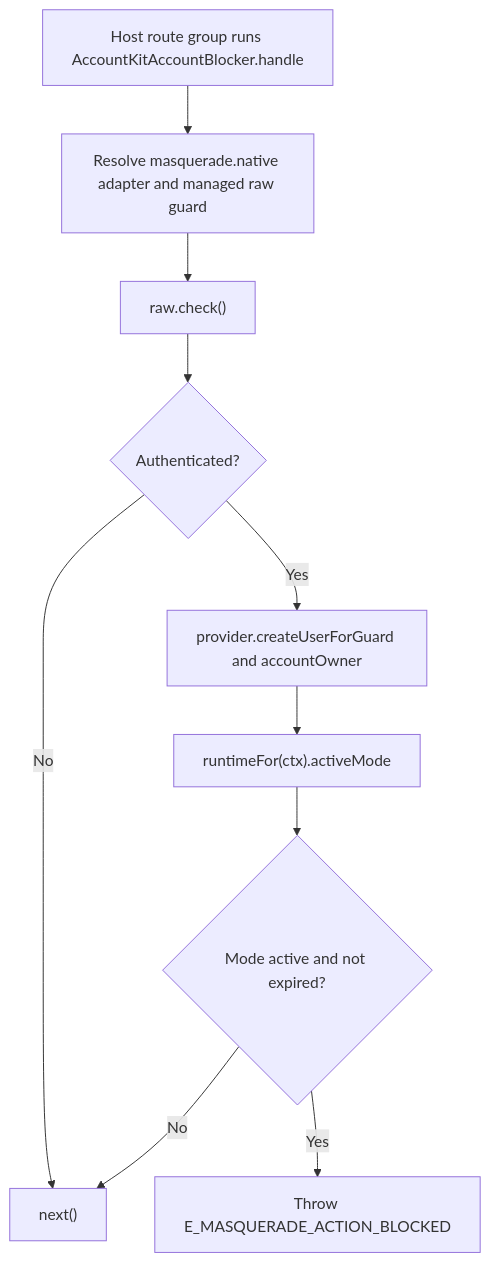
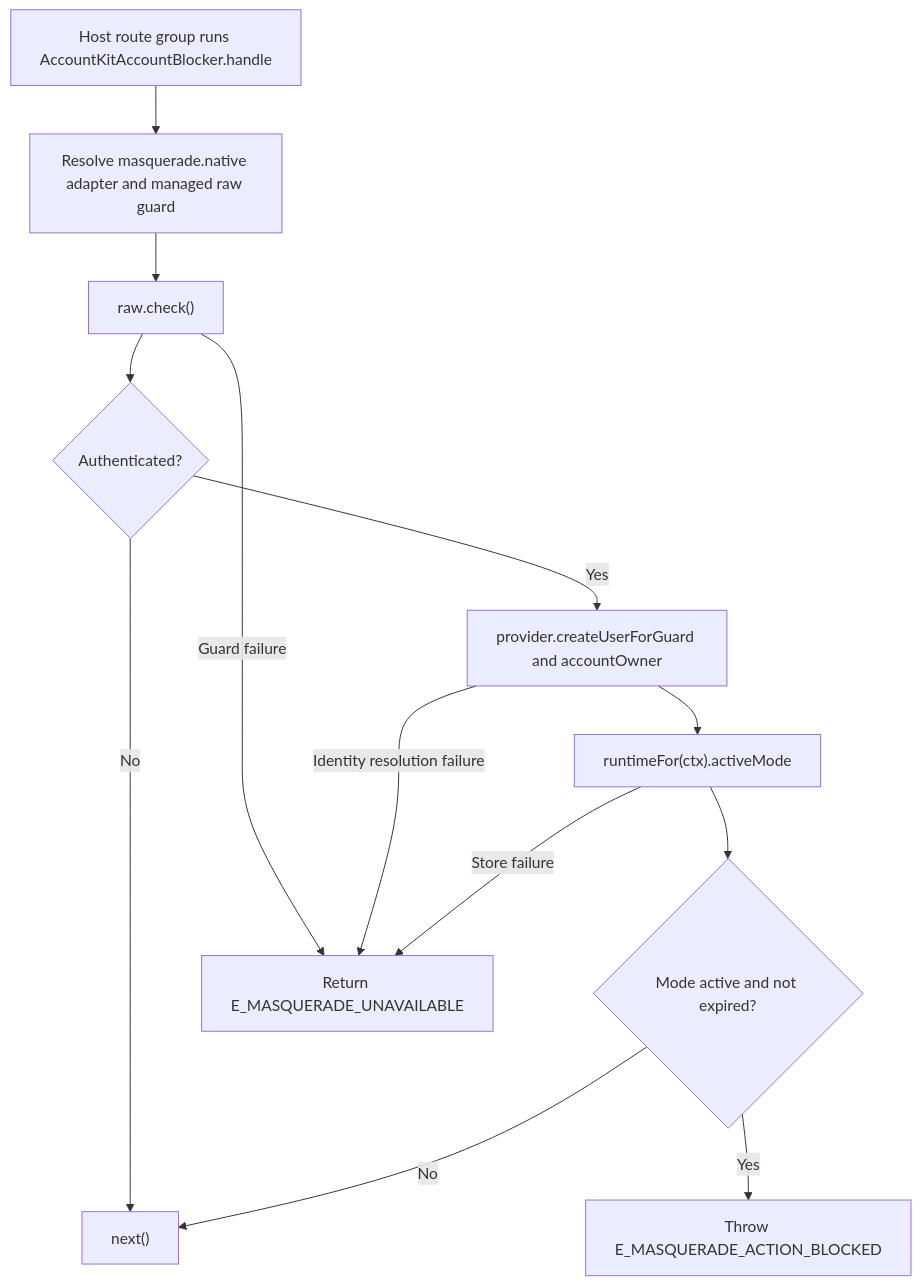
One commit to Kevinjohn/oss-adonisjs-masquerade changed the second of 2 diagrams in user-stories/protect-native-account/us-account-01-protect-native-account.md. Above: the diagram before and after it, drawn with Mermaid. The commit also changed 20 other files, not shown here.

````diff
--- a/user-stories/protect-native-account/us-account-01-protect-native-account.md
+++ b/user-stories/protect-native-account/us-account-01-protect-native-account.md
@@ -36,12 +36,15 @@
 ```mermaid
 flowchart TD
     A["Host route group runs AccountKitAccountBlocker.handle"] --> B["Resolve masquerade.native adapter and managed raw guard"]
     B --> C["raw.check()"]
     C --> D{"Authenticated?"}
     D -->|No| E["next()"]
     D -->|Yes| F["provider.createUserForGuard and accountOwner"]
     F --> G["runtimeFor(ctx).activeMode"]
     G --> H{"Mode active and not expired?"}
     H -->|Yes| I["Throw E_MASQUERADE_ACTION_BLOCKED"]
     H -->|No| E
+    C -->|Guard failure| J["Return E_MASQUERADE_UNAVAILABLE"]
+    F -->|Identity resolution failure| J
+    G -->|Store failure| J
 ```
````
